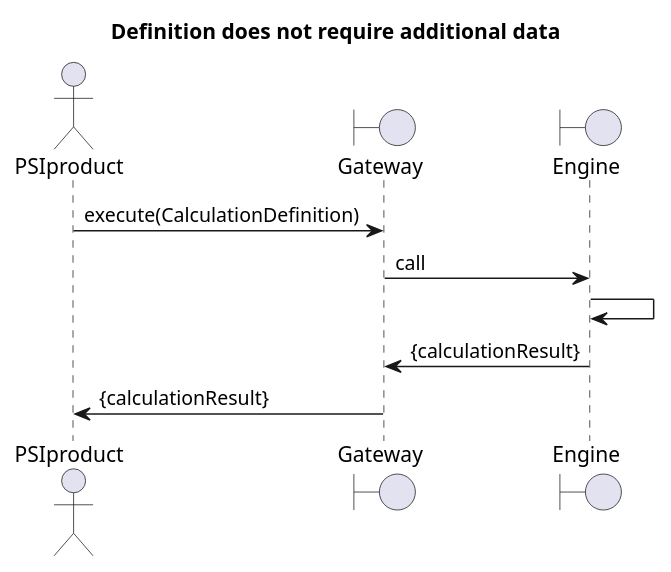
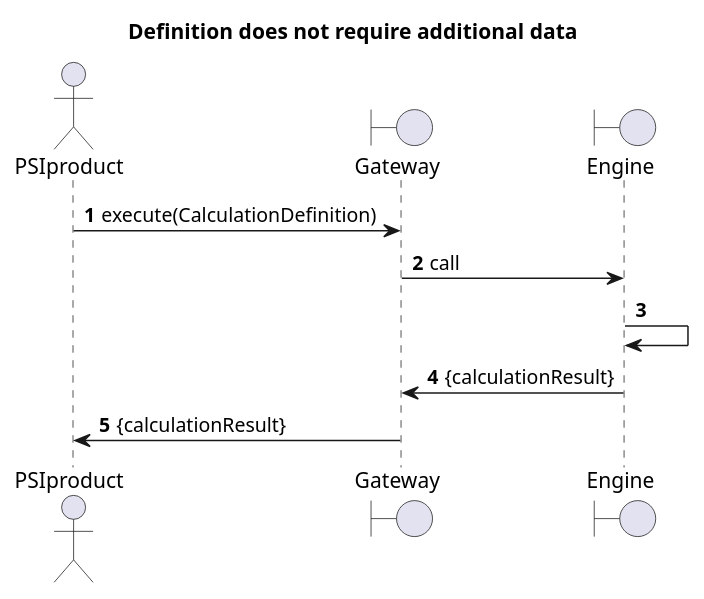
Before and after one commit to PSI-Polska/aaas-java6: the diagram in doc/useCases/3.0 definitionWithoutData.plantuml, drawn with PlantUML. The commit also changed 12 other files, not shown here.

Commit message:
doc: 4C diagrams for AIORAE and EDM scenarios

```diff
--- a/doc/useCases/3.0 definitionWithoutData.plantuml
+++ b/doc/useCases/3.0 definitionWithoutData.plantuml
@@ -1,15 +1,18 @@
 @startuml
 
 title Definition does not require additional data
 
 actor PSIproduct
 boundary Gateway
 boundary Engine as Engine
 
+' TODO what with scenarios when there is no data passed but for eg. TS is returned?
+
+autonumber
 PSIproduct -> Gateway: execute(CalculationDefinition)
 Gateway -> Engine: call
 Engine -> Engine
 Engine -> Gateway: {calculationResult}
 Gateway -> PSIproduct: {calculationResult}
 
 @enduml
```
